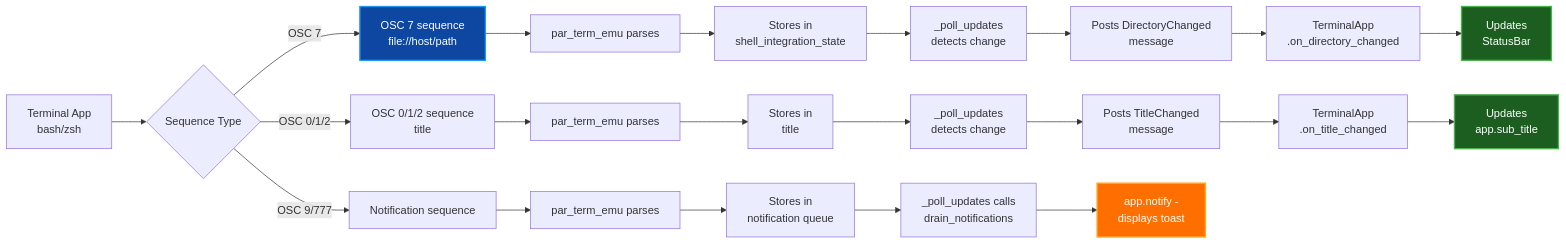
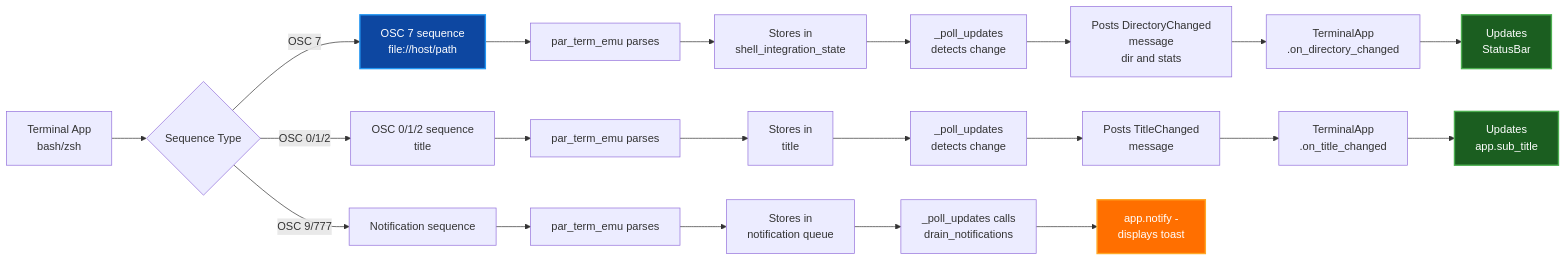
The fourth of 7 diagrams in docs/ARCHITECTURE.md (paulrobello/par-term-emu-tui-rust), drawn with Mermaid before and after one commit. The commit also changed other lines of this file and 34 other files, not shown here.

````diff
--- a/docs/ARCHITECTURE.md
+++ b/docs/ARCHITECTURE.md
@@ -865,31 +864,31 @@
 ```mermaid
 graph LR
     A[Terminal App<br/>bash/zsh] --> B{Sequence Type}
 
     B -->|OSC 7| C["OSC 7 sequence<br/>file://host/path"]
     C --> D[par_term_emu parses]
     D --> E[Stores in<br/>shell_integration_state]
     E --> F[_poll_updates<br/>detects change]
-    F --> G[Posts DirectoryChanged<br/>message]
+    F --> G[Posts DirectoryChanged<br/>message<br/>dir and stats]
     G --> H[TerminalApp<br/>.on_directory_changed]
     H --> I[Updates<br/>StatusBar]
 
     B -->|OSC 0/1/2| J["OSC 0/1/2 sequence<br/>title"]
     J --> K[par_term_emu parses]
     K --> L[Stores in<br/>title]
     L --> M[_poll_updates<br/>detects change]
     M --> N[Posts TitleChanged<br/>message]
     N --> O[TerminalApp<br/>.on_title_changed]
     O --> P[Updates<br/>app.sub_title]
 
     B -->|OSC 9/777| Q[Notification sequence]
     Q --> R[par_term_emu parses]
     R --> S[Stores in<br/>notification queue]
     S --> T[_poll_updates calls<br/>drain_notifications]
     T --> U[app.notify -<br/>displays toast]
 
     style C fill:#0d47a1,stroke:#2196f3,stroke-width:2px,color:#ffffff
     style I fill:#1b5e20,stroke:#4caf50,stroke-width:2px,color:#ffffff
     style P fill:#1b5e20,stroke:#4caf50,stroke-width:2px,color:#ffffff
     style U fill:#ff6f00,stroke:#ffa726,stroke-width:2px,color:#ffffff
 ```
````
